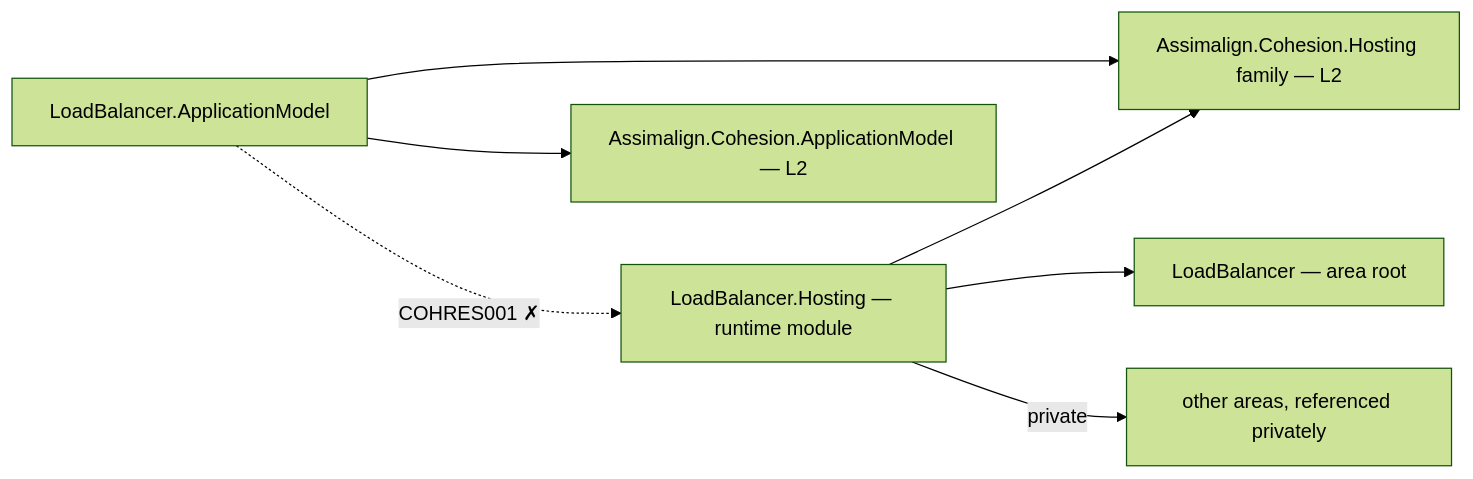
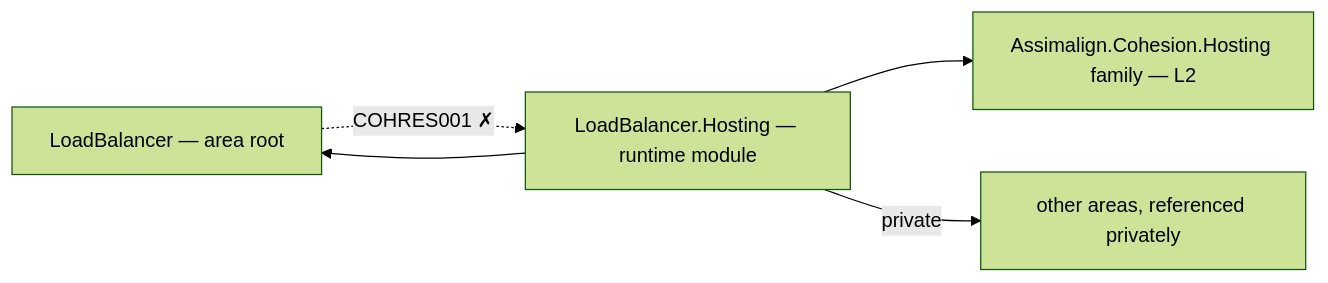
Before and after one commit to assimalign/cohesion: the diagram in resources/LoadBalancer/README.md, drawn with Mermaid (forest theme). The commit also changed other lines of this file and 441 other files, not shown here.

````diff
--- a/resources/LoadBalancer/README.md
+++ b/resources/LoadBalancer/README.md
@@ -12,15 +12,11 @@
 ```mermaid
 flowchart LR
     P0["LoadBalancer — area root"]
-    P1["LoadBalancer.ApplicationModel"]
     P2["LoadBalancer.Hosting — runtime module"]
     HOSTFAM["Assimalign.Cohesion.Hosting family — L2"]
-    APPMODEL["Assimalign.Cohesion.ApplicationModel — L2"]
     PRIV["other areas, referenced privately"]
-    P1 --> APPMODEL
-    P1 --> HOSTFAM
     P2 --> HOSTFAM
     P2 --> P0
     P2 -->|"private"| PRIV
-    P1 -.->|"COHRES001 ✗"| P2
+    P0 -.->|"COHRES001 ✗"| P2
 ```
````
